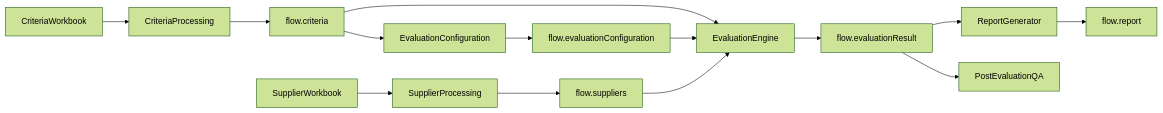
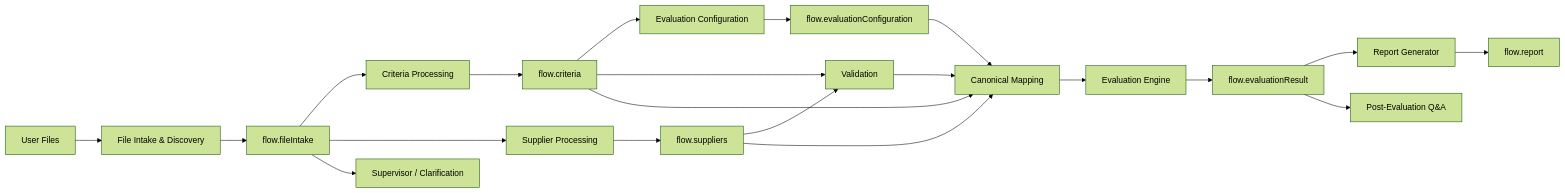
One commit to adityarane-ai/Agentic-Orchestrations changed the first of 3 diagrams in Bid Analysis Agent/05A-Data-Flow-Architecture.md. Above: the diagram before and after it, drawn with Mermaid (forest theme). The commit also changed other lines of this file, not shown here.

Commit message:
Add file discovery data flow and contracts

````diff
--- a/Bid Analysis Agent/05A-Data-Flow-Architecture.md
+++ b/Bid Analysis Agent/05A-Data-Flow-Architecture.md
@@ -73,29 +53,24 @@
 ```mermaid
 flowchart LR
 
-CriteriaWorkbook --> CriteriaProcessing
-
-CriteriaProcessing --> flow.criteria
-
-flow.criteria --> EvaluationConfiguration
-
-EvaluationConfiguration --> flow.evaluationConfiguration
-
-SupplierWorkbook --> SupplierProcessing
-
-SupplierProcessing --> flow.suppliers
-
-flow.criteria --> EvaluationEngine
-
-flow.evaluationConfiguration --> EvaluationEngine
-
-flow.suppliers --> EvaluationEngine
-
-EvaluationEngine --> flow.evaluationResult
-
-flow.evaluationResult --> ReportGenerator
-
-ReportGenerator --> flow.report
-
-flow.evaluationResult --> PostEvaluationQA
+RawFiles[User Files] --> FileIntake[File Intake & Discovery]
+FileIntake --> flowFileIntake[flow.fileIntake]
+flowFileIntake --> CriteriaProcessing[Criteria Processing]
+flowFileIntake --> SupplierProcessing[Supplier Processing]
+flowFileIntake --> Supervisor[Supervisor / Clarification]
+CriteriaProcessing --> flowCriteria[flow.criteria]
+flowCriteria --> Config[Evaluation Configuration]
+Config --> flowConfig[flow.evaluationConfiguration]
+SupplierProcessing --> flowSuppliers[flow.suppliers]
+flowCriteria --> Validation[Validation]
+flowSuppliers --> Validation
+flowCriteria --> Canonical[Canonical Mapping]
+flowConfig --> Canonical
+flowSuppliers --> Canonical
+Validation --> Canonical
+Canonical --> Evaluation[Evaluation Engine]
+Evaluation --> flowResult[flow.evaluationResult]
+flowResult --> Report[Report Generator]
+Report --> flowReport[flow.report]
+flowResult --> QA[Post-Evaluation Q&A]
 ```
````
